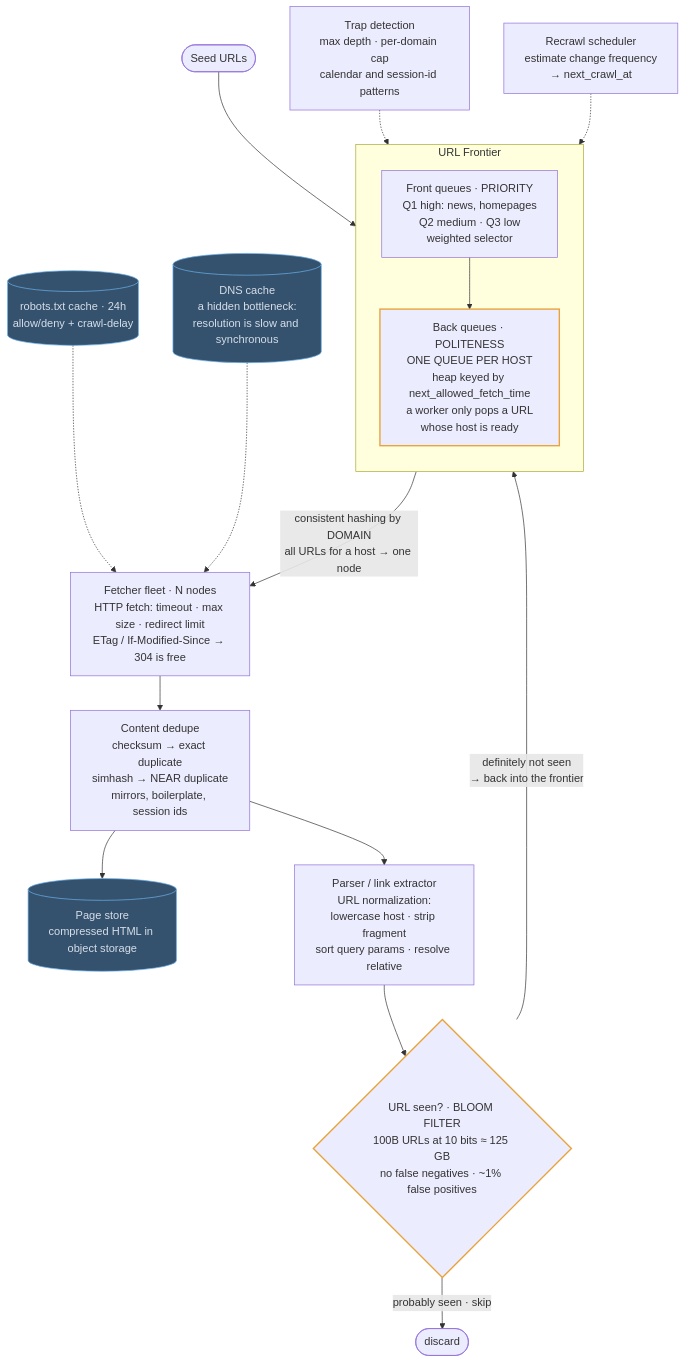
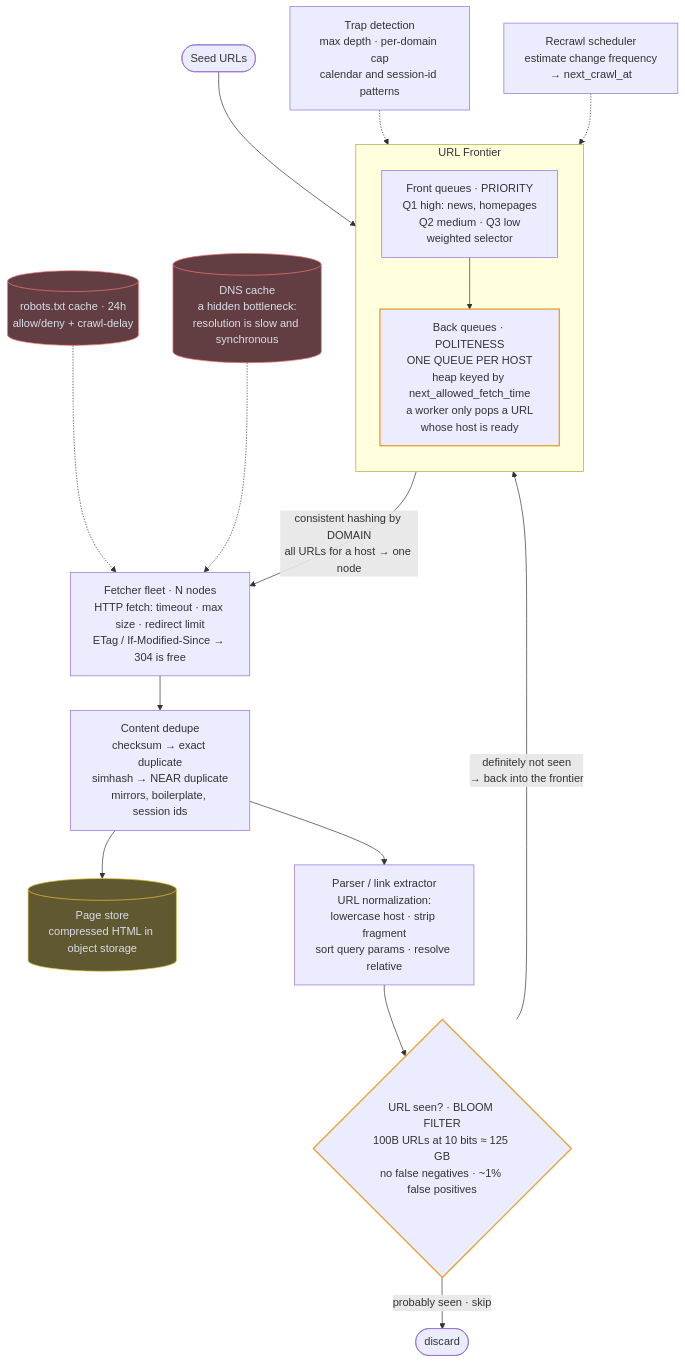
The diagram in content/designs/09-web-crawler.md (mertkahyaoglu/atlas), drawn with Mermaid before and after one commit. The commit also changed 16 other files, not shown here.

First line of the commit message:
Split store into db/cache/blob; color gateway and load-balancer nodes

````diff
--- a/content/designs/09-web-crawler.md
+++ b/content/designs/09-web-crawler.md
@@ -120,37 +120,39 @@
 ```mermaid
 flowchart TB
     Seeds([Seed URLs]) --> Front
 
     subgraph FRONTIER ["URL Frontier"]
         direction TB
         Front["Front queues · PRIORITY<br/>Q1 high: news, homepages<br/>Q2 medium · Q3 low<br/>weighted selector"]
         Back["Back queues · POLITENESS<br/>ONE QUEUE PER HOST<br/>heap keyed by next_allowed_fetch_time<br/>a worker only pops a URL<br/>whose host is ready"]
         Front --> Back
     end
     Traps["Trap detection<br/>max depth · per-domain cap<br/>calendar and session-id patterns"] -.-> Front
     Recrawl["Recrawl scheduler<br/>estimate change frequency<br/>→ next_crawl_at"] -.-> Front
 
     Back -- "consistent hashing by DOMAIN<br/>all URLs for a host → one node" --> Fetchers
     Fetchers["Fetcher fleet · N nodes<br/>HTTP fetch: timeout · max size · redirect limit<br/>ETag / If-Modified-Since → 304 is free"]
     Robots[("robots.txt cache · 24h<br/>allow/deny + crawl-delay")] -.-> Fetchers
     DNS[("DNS cache<br/>a hidden bottleneck:<br/>resolution is slow and synchronous")] -.-> Fetchers
 
     Fetchers --> Dedupe["Content dedupe<br/>checksum → exact duplicate<br/>simhash → NEAR duplicate<br/>mirrors, boilerplate, session ids"]
     Dedupe --> PageStore[("Page store<br/>compressed HTML in object storage")]
     Dedupe --> Parser["Parser / link extractor<br/>URL normalization:<br/>lowercase host · strip fragment<br/>sort query params · resolve relative"]
 
     Parser --> Bloom{"URL seen? · BLOOM FILTER<br/>100B URLs at 10 bits ≈ 125 GB<br/>no false negatives · ~1% false positives"}
     Bloom -- "probably seen · skip" --> Drop([discard])
     Bloom -- "definitely not seen<br/>→ back into the frontier" --> Front
 
-    classDef store fill:#34526e,stroke:#6cb2ee,color:#d7dee8
+    classDef cache fill:#623e43,stroke:#f07a73,color:#d7dee8
+    classDef blob fill:#5f5830,stroke:#e6c43c,color:#d7dee8
     classDef hot stroke:#e8a33d,stroke-width:2px
-    class Robots,DNS,PageStore store
+    class Robots,DNS cache
+    class PageStore blob
     class Bloom,Back hot
 
     click Back href "/docs/05-async-messaging-and-event-driven" "Role: one queue per host, so no site is fetched faster than politeness allows.<br/>Trade-off: slow hosts cap throughput, and the number of queues grows with hosts."
     click Robots href "/docs/04-caching" "Role: avoids refetching robots.txt before every page.<br/>Trade-off: rule changes are picked up as much as 24h late."
     click DNS href "/docs/04-caching" "Role: skips slow, synchronous DNS lookups for hosts already seen.<br/>Trade-off: stale IPs after a site moves."
     click PageStore href "/docs/09-specialized-building-blocks" "Role: compressed page bodies in cheap blob storage.<br/>Trade-off: bulk storage that isn't queryable, so metadata lives elsewhere."
     click Bloom href "/docs/09-specialized-building-blocks" "Role: checks 100B URLs in memory to skip ones already crawled.<br/>Trade-off: about 1% false positives, so some genuinely new URLs are skipped."
 ```
````
